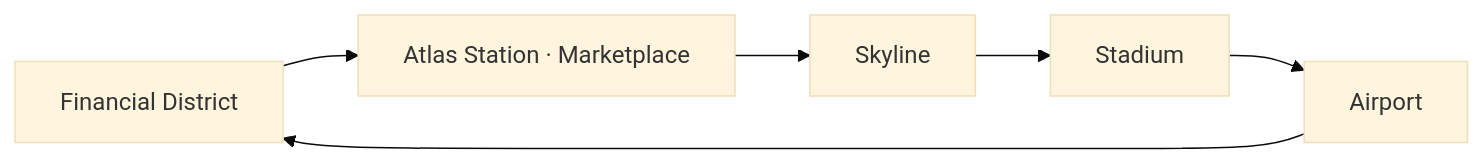
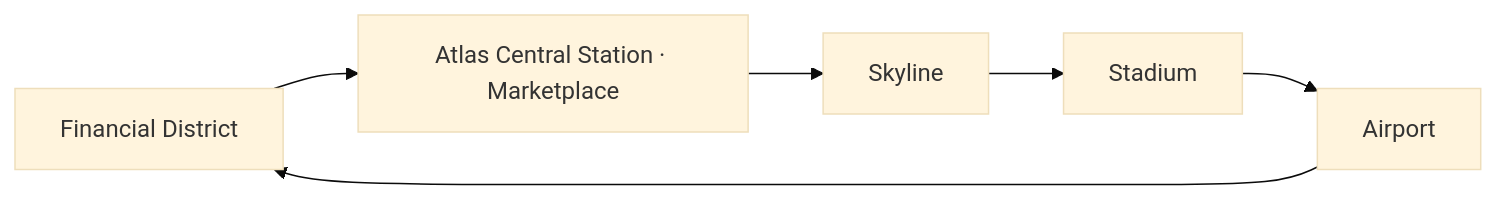
Before and after one commit to khaneilcampbell/ai-ops-atlas: the diagram in docs/perimeter-rail/README.md, drawn with Mermaid (base theme). The commit also changed 69 other files, not shown here.

````diff
--- a/docs/perimeter-rail/README.md
+++ b/docs/perimeter-rail/README.md
@@ -7,8 +7,8 @@
 ```mermaid
 flowchart LR
- F[Financial District] --> M[Atlas Station · Marketplace]
+ F[Financial District] --> M[Atlas Central Station · Marketplace]
  M --> S[Skyline]
  S --> V[Stadium]
  V --> A[Airport]
  A --> F
 ```
````
